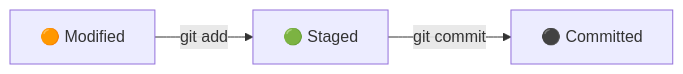
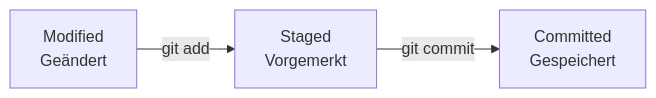
One commit to Post155/Git-Schulung changed the third of 21 diagrams in README.md. Above: the diagram before and after it, drawn with Mermaid. The commit also changed other lines of this file, not shown here.

````diff
--- a/README.md
+++ b/README.md
@@ -76,5 +83,5 @@
 ```mermaid
 flowchart LR
-    A[🟠 Modified] -->|git add| B[🟢 Staged]
-    B -->|git commit| C[⚫ Committed]
+    A["Modified<br/>Geändert"] -->|git add| B["Staged<br/>Vorgemerkt"]
+    B -->|git commit| C["Committed<br/>Gespeichert"]
 ```
````
